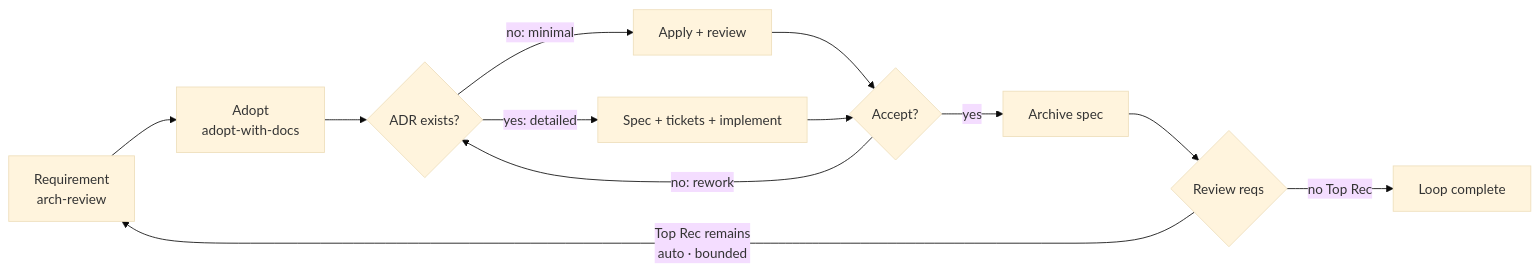
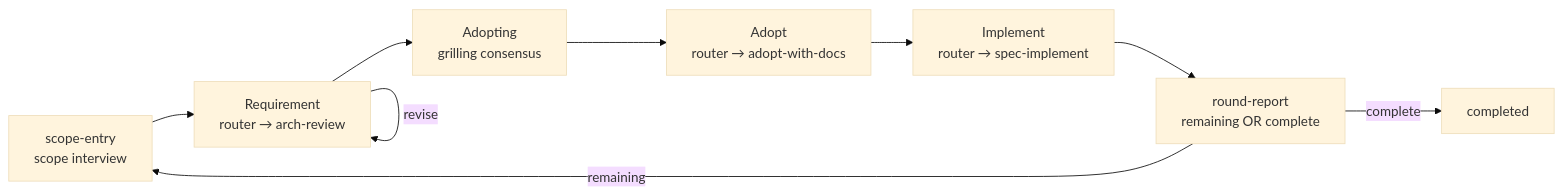
One commit to makara/ai-atomic-workflow changed the first of 3 diagrams in README.md. Above: the diagram before and after it, drawn with Mermaid (base theme). The commit also changed other lines of this file and 72 other files, not shown here.

````diff
--- a/README.md
+++ b/README.md
@@ -53,14 +53,11 @@
 ```mermaid
 graph LR
-   REQ[Requirement<br/>arch-review] --> ADOPT[Adopt<br/>adopt-with-docs]
-   ADOPT --> TRACK{ADR exists?}
-   TRACK -->|no: minimal| MIN[Apply + review]
-   TRACK -->|yes: detailed| DET[Spec + tickets + implement]
-   MIN --> GATE{Accept?}
-   DET --> GATE
-   GATE -->|no: rework| TRACK
-   GATE -->|yes| ARCHIVE[Archive spec]
-   ARCHIVE --> LOOP{Review reqs}
-   LOOP -->|Top Rec remains<br/>auto · bounded| REQ
-   LOOP -->|no Top Rec| DONE[Loop complete]
+   SCOPE[scope-entry<br/>scope interview] --> REQ[Requirement<br/>router → arch-review]
+   REQ -->|revise| REQ
+   REQ --> GRILL[Adopting<br/>grilling consensus]
+   GRILL --> ADOPT[Adopt<br/>router → adopt-with-docs]
+   ADOPT --> IMPL[Implement<br/>router → spec-implement]
+   IMPL --> ROUND[round-report<br/>remaining OR complete]
+   ROUND -->|remaining| SCOPE
+   ROUND -->|complete| DONE[completed]
 ```
````
